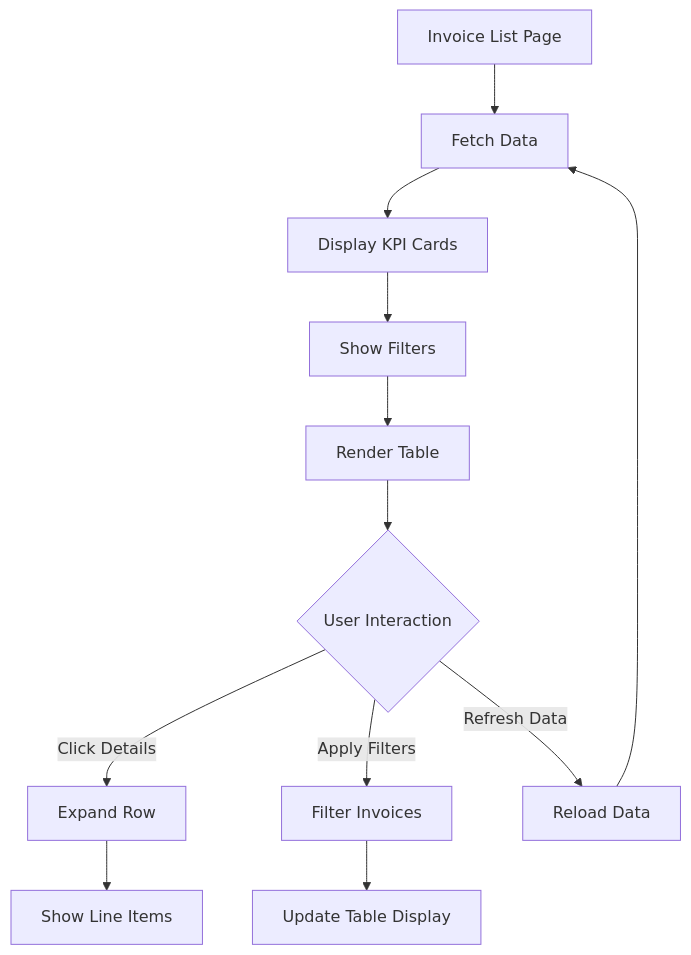
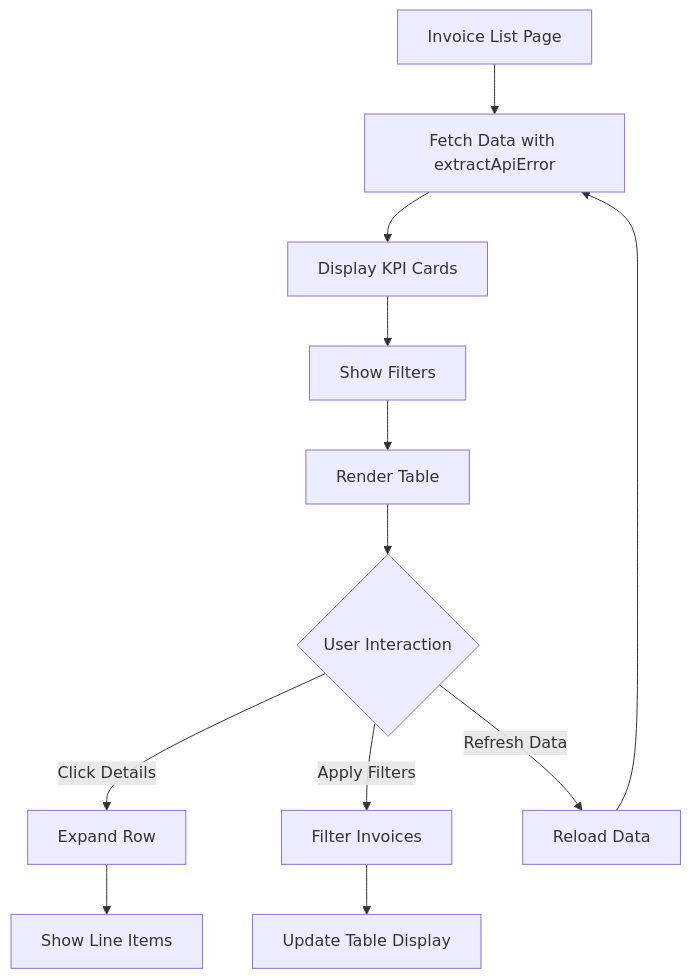
One commit to Revanththetalogics/aireume changed the sixth of 9 diagrams in .qoder/repowiki/en/content/Frontend Architecture/Invoice Management.md. Above: the diagram before and after it, drawn with Mermaid. The commit also changed other lines of this file and 9 other files, not shown here.

````diff
--- a/.qoder/repowiki/en/content/Frontend Architecture/Invoice Management.md
+++ b/.qoder/repowiki/en/content/Frontend Architecture/Invoice Management.md
@@ -351,14 +354,14 @@
 ```mermaid
 flowchart TD
-A[Invoice List Page] --> B[Fetch Data]
+A[Invoice List Page] --> B[Fetch Data with extractApiError]
 B --> C[Display KPI Cards]
 C --> D[Show Filters]
 D --> E[Render Table]
 E --> F{User Interaction}
 F --> |Click Details| G[Expand Row]
 F --> |Apply Filters| H[Filter Invoices]
 F --> |Refresh Data| I[Reload Data]
 G --> J[Show Line Items]
 H --> K[Update Table Display]
 I --> B
 ```
````
